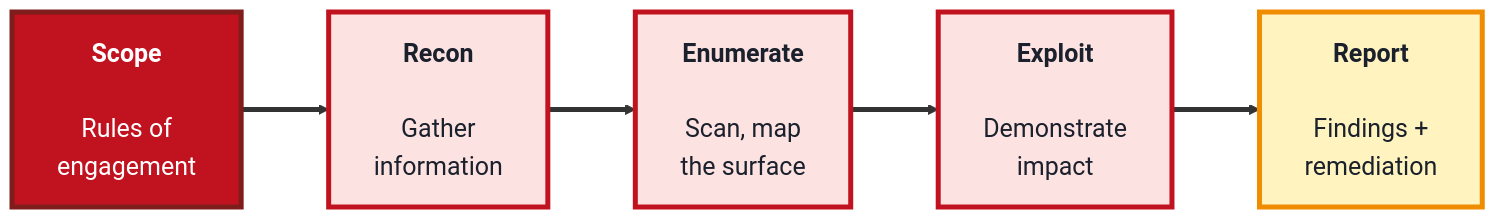
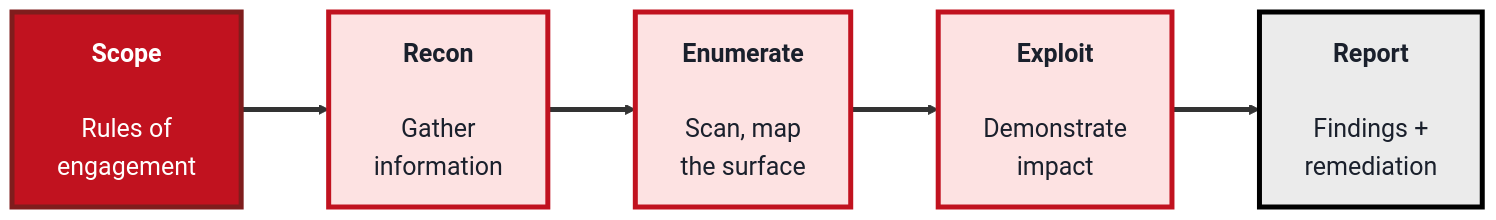
The second of 3 diagrams in src/Pages/courses/TechGuard/module-3-ethical-hacking.md (SHEMODELTECH/shemodeltech), drawn with Mermaid before and after one commit. The commit also changed other lines of this file and 46 other files, not shown here.

````diff
--- a/src/Pages/courses/TechGuard/module-3-ethical-hacking.md
+++ b/src/Pages/courses/TechGuard/module-3-ethical-hacking.md
@@ -89,18 +89,18 @@
 ```mermaid
 %%{init: {'theme':'base', 'themeVariables': {'fontSize':'20px', 'primaryTextColor':'#1a202c', 'primaryBorderColor':'#7f1d1d', 'lineColor':'#333333'}, 'flowchart': {'nodeSpacing': 55, 'rankSpacing': 70, 'padding': 18}}}%%
 flowchart LR
     S["<b>Scope</b><br/><br/>Rules of<br/>engagement"]
     R["<b>Recon</b><br/><br/>Gather<br/>information"]
     E["<b>Enumerate</b><br/><br/>Scan, map<br/>the surface"]
     X["<b>Exploit</b><br/><br/>Demonstrate<br/>impact"]
     REP["<b>Report</b><br/><br/>Findings +<br/>remediation"]
 
     S ==> R ==> E ==> X ==> REP
 
     style S fill:#c1121f,color:#fff,stroke:#7f1d1d,stroke-width:4px
     style R fill:#fde2e2,color:#1a202c,stroke:#c1121f,stroke-width:4px
     style E fill:#fde2e2,color:#1a202c,stroke:#c1121f,stroke-width:4px
     style X fill:#fde2e2,color:#1a202c,stroke:#c1121f,stroke-width:4px
-    style REP fill:#fff3bf,color:#1a202c,stroke:#f08c00,stroke-width:4px
+    style REP fill:#EBEBEB,color:#1a202c,stroke:#000000,stroke-width:4px
     linkStyle default stroke-width:4px,stroke:#333333
 ```
````
